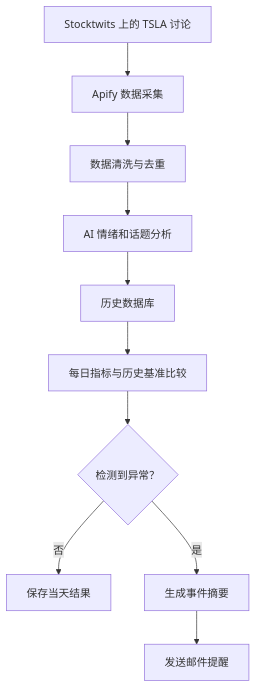
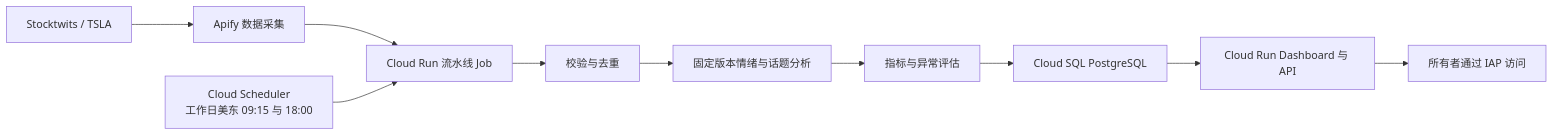
Before and after one commit to AndyChen227/StockPulse---V2: the second of 2 diagrams in README.md, drawn with Mermaid. The commit also changed other lines of this file and 8 other files, not shown here.

````diff
--- a/README.md
+++ b/README.md
@@ -435,12 +284,12 @@
 ```mermaid
-flowchart TD
-    A["Stocktwits 上的 TSLA 讨论"] --> B["Apify 数据采集"]
-    B --> C["数据清洗与去重"]
-    C --> D["AI 情绪和话题分析"]
-    D --> E["历史数据库"]
-    E --> F["每日指标与历史基准比较"]
-    F --> G{"检测到异常？"}
-    G -- 否 --> H["保存当天结果"]
-    G -- 是 --> I["生成事件摘要"]
-    I --> J["发送邮件提醒"]
+flowchart LR
+    A["Stocktwits / TSLA"] --> B["Apify 数据采集"]
+    B --> C["Cloud Run 流水线 Job"]
+    C --> D["校验与去重"]
+    D --> E["固定版本情绪与话题分析"]
+    E --> F["指标与异常评估"]
+    F --> G["Cloud SQL PostgreSQL"]
+    G --> H["Cloud Run Dashboard 与 API"]
+    H --> I["所有者通过 IAP 访问"]
+    J["Cloud Scheduler<br/>工作日美东 09:15 与 18:00"] --> C
 ```
````
